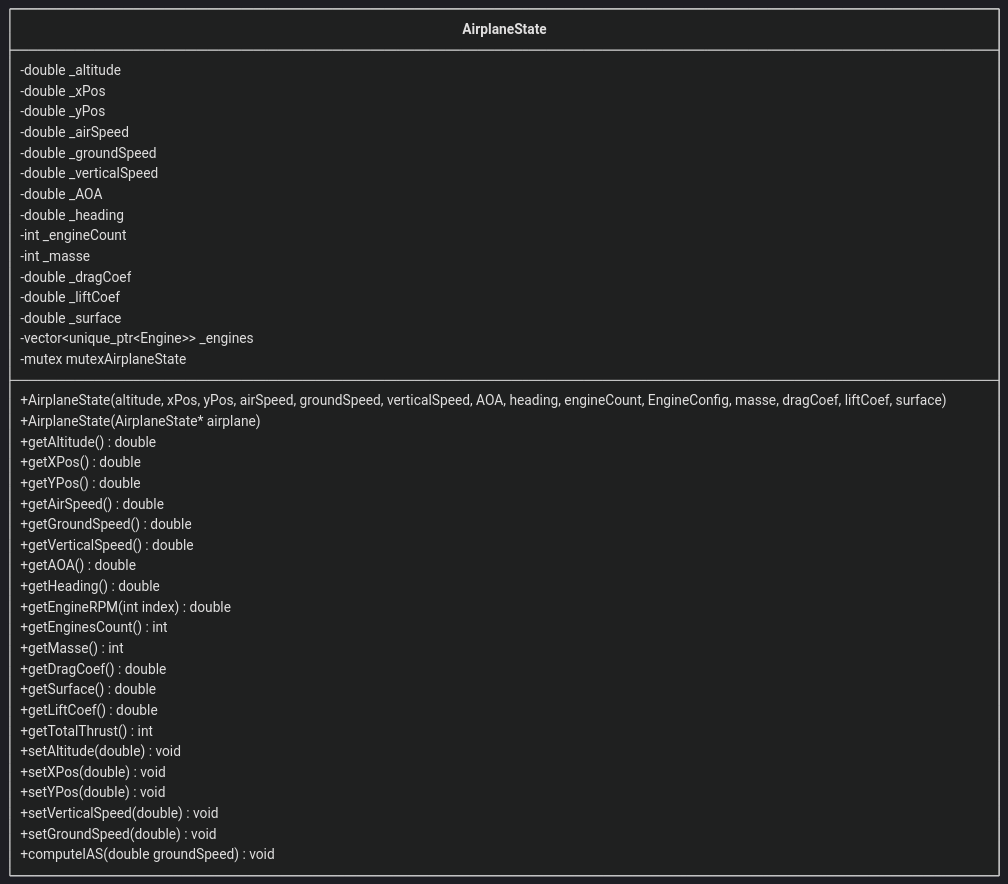
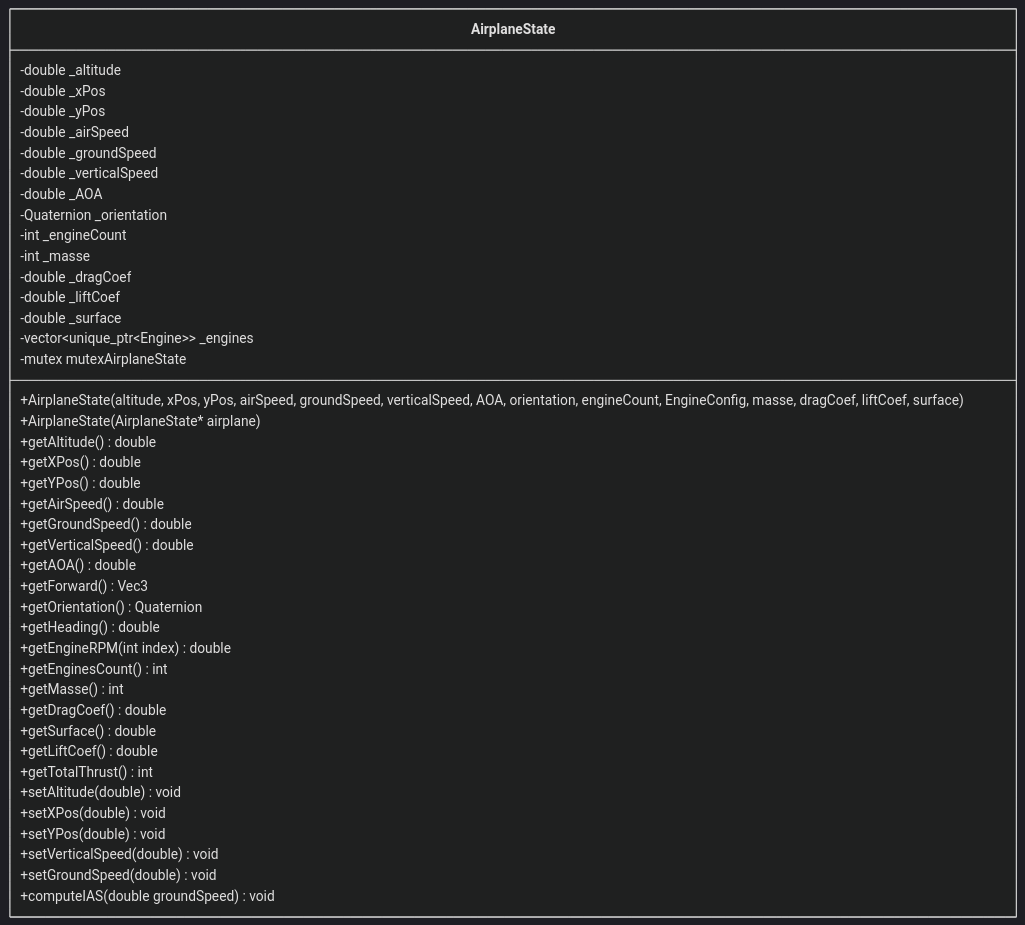
The second of 10 diagrams in docs/classDiagram.md (EtienneDumai/avionics), drawn with Mermaid (dark theme) before and after one commit. The commit also changed other lines of this file and 4 other files, not shown here.

````diff
--- a/docs/classDiagram.md
+++ b/docs/classDiagram.md
@@ -31,43 +32,45 @@
 ```mermaid
 classDiagram
     class AirplaneState {
         -double _altitude
         -double _xPos
         -double _yPos
         -double _airSpeed
         -double _groundSpeed
         -double _verticalSpeed
         -double _AOA
-        -double _heading
+        -Quaternion _orientation
         -int _engineCount
         -int _masse
         -double _dragCoef
         -double _liftCoef
         -double _surface
         -vector~unique_ptr~Engine~~ _engines
         -mutex mutexAirplaneState
-        +AirplaneState(altitude, xPos, yPos, airSpeed, groundSpeed, verticalSpeed, AOA, heading, engineCount, EngineConfig, masse, dragCoef, liftCoef, surface)
+        +AirplaneState(altitude, xPos, yPos, airSpeed, groundSpeed, verticalSpeed, AOA, orientation, engineCount, EngineConfig, masse, dragCoef, liftCoef, surface)
         +AirplaneState(AirplaneState* airplane)
         +getAltitude() double
         +getXPos() double
         +getYPos() double
         +getAirSpeed() double
         +getGroundSpeed() double
         +getVerticalSpeed() double
         +getAOA() double
+        +getForward() Vec3
+        +getOrientation() Quaternion
         +getHeading() double
         +getEngineRPM(int index) double
         +getEnginesCount() int
         +getMasse() int
         +getDragCoef() double
         +getSurface() double
         +getLiftCoef() double
         +getTotalThrust() int
         +setAltitude(double) void
         +setXPos(double) void
         +setYPos(double) void
         +setVerticalSpeed(double) void
         +setGroundSpeed(double) void
         +computeIAS(double groundSpeed) void
     }
 ```
````
